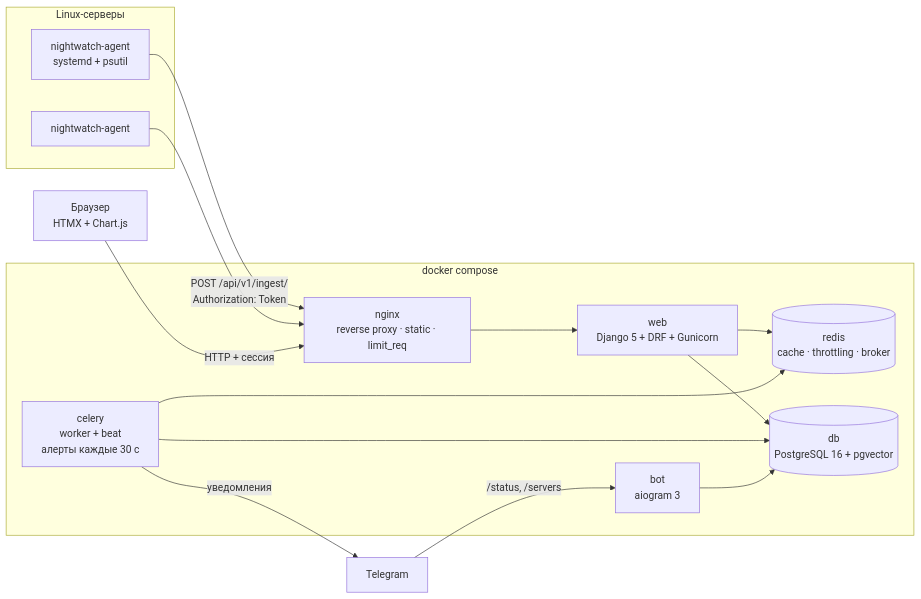
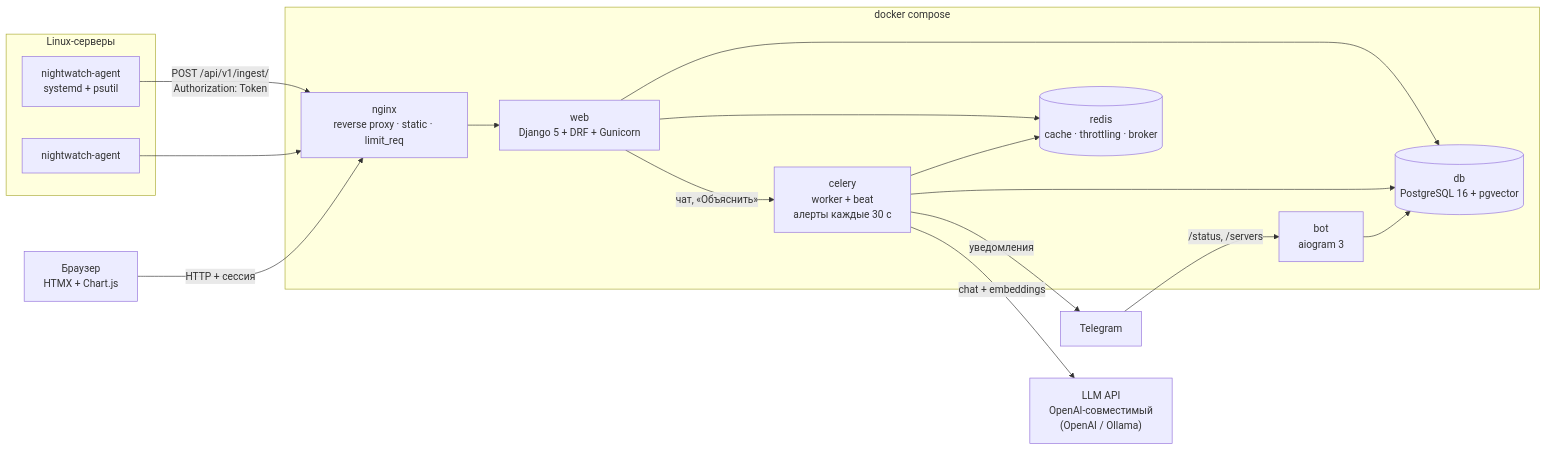
Before and after one commit to vadik12555/nightwatch: the first of 4 diagrams in README.md, drawn with Mermaid. The commit also changed other lines of this file and 3 other files, not shown here.

````diff
--- a/README.md
+++ b/README.md
@@ -63,28 +71,31 @@
 ```mermaid
 flowchart LR
     subgraph hosts["Linux-серверы"]
         A1["nightwatch-agent<br/>systemd + psutil"]
         A2["nightwatch-agent"]
     end
     U["Браузер<br/>HTMX + Chart.js"]
     TG["Telegram"]
     subgraph stack["docker compose"]
         N["nginx<br/>reverse proxy · static · limit_req"]
         W["web<br/>Django 5 + DRF + Gunicorn"]
         C["celery<br/>worker + beat<br/>алерты каждые 30 с"]
         B["bot<br/>aiogram 3"]
         R[("redis<br/>cache · throttling · broker")]
         P[("db<br/>PostgreSQL 16 + pgvector")]
     end
     A1 -- "POST /api/v1/ingest/<br/>Authorization: Token" --> N
     A2 --> N
     U -- "HTTP + сессия" --> N
     N --> W
     W --> P
     W --> R
     C --> R
     C --> P
     C -- "уведомления" --> TG
     TG -- "/status, /servers" --> B
     B --> P
+    LLM["LLM API<br/>OpenAI-совместимый<br/>(OpenAI / Ollama)"]
+    W -- "чат, «Объяснить»" --> C
+    C -- "chat + embeddings" --> LLM
 ```
````
